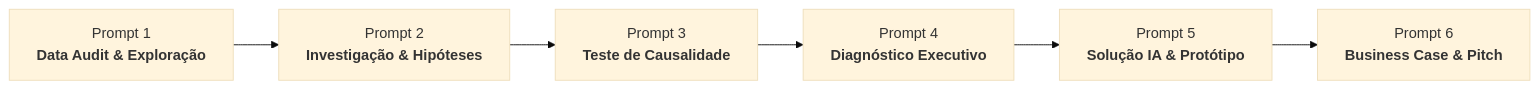
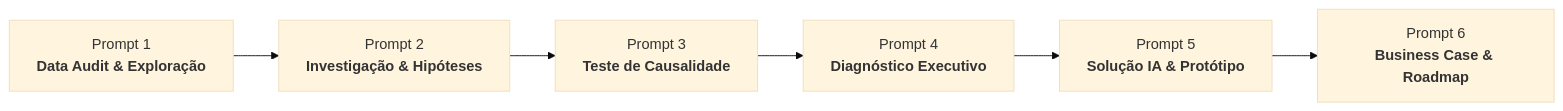
One commit to ingrdsoares/case-elo changed the first of 2 diagrams in README.md. Above: the diagram before and after it, drawn with Mermaid (base theme). The commit also changed other lines of this file and 7 other files, not shown here.

````diff
--- a/README.md
+++ b/README.md
@@ -35,8 +35,8 @@
 ```mermaid
 flowchart LR
     P1["Prompt 1<br><b>Data Audit & Exploração</b>"] --> P2["Prompt 2<br><b>Investigação & Hipóteses</b>"]
     P2 --> P3["Prompt 3<br><b>Teste de Causalidade</b>"]
     P3 --> P4["Prompt 4<br><b>Diagnóstico Executivo</b>"]
     P4 --> P5["Prompt 5<br><b>Solução IA & Protótipo</b>"]
-    P5 --> P6["Prompt 6<br><b>Business Case & Pitch</b>"]
+    P5 --> P6["Prompt 6<br><b>Business Case & Roadmap</b>"]
 ```
````
